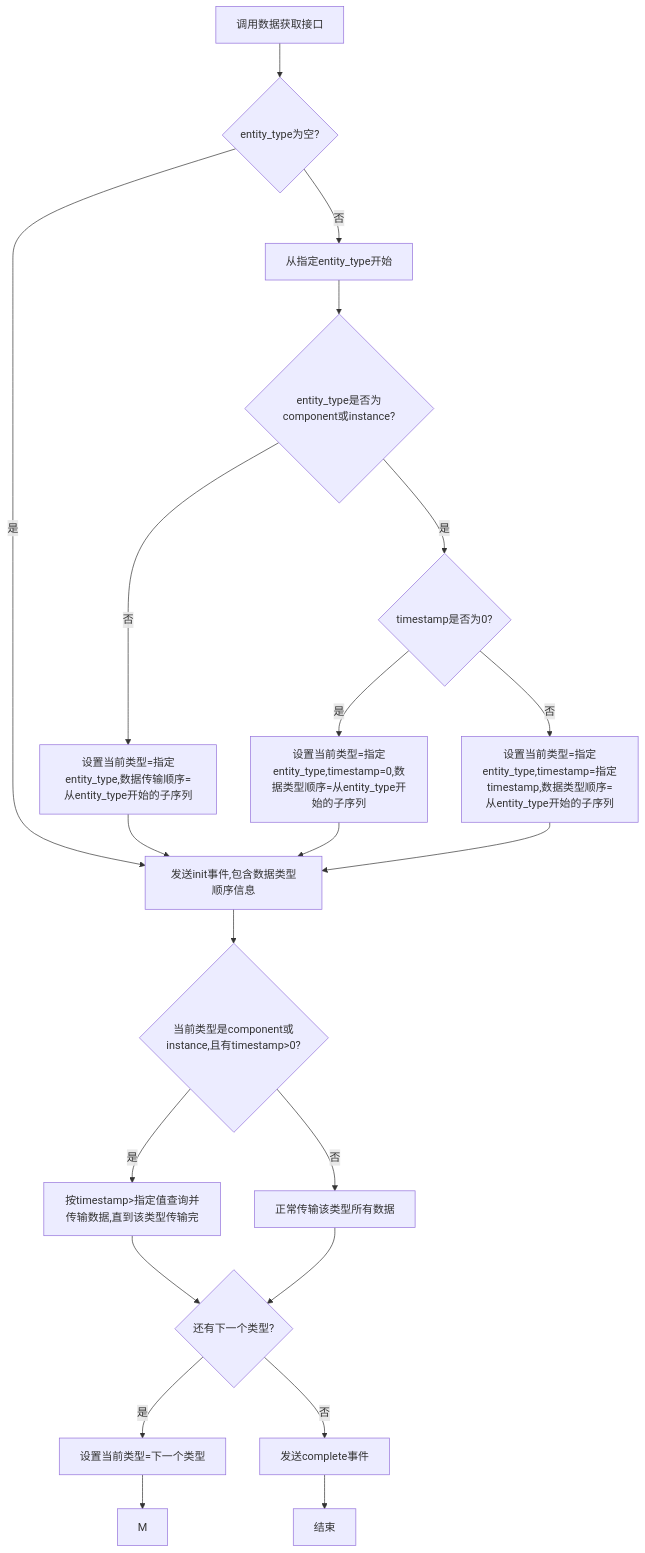
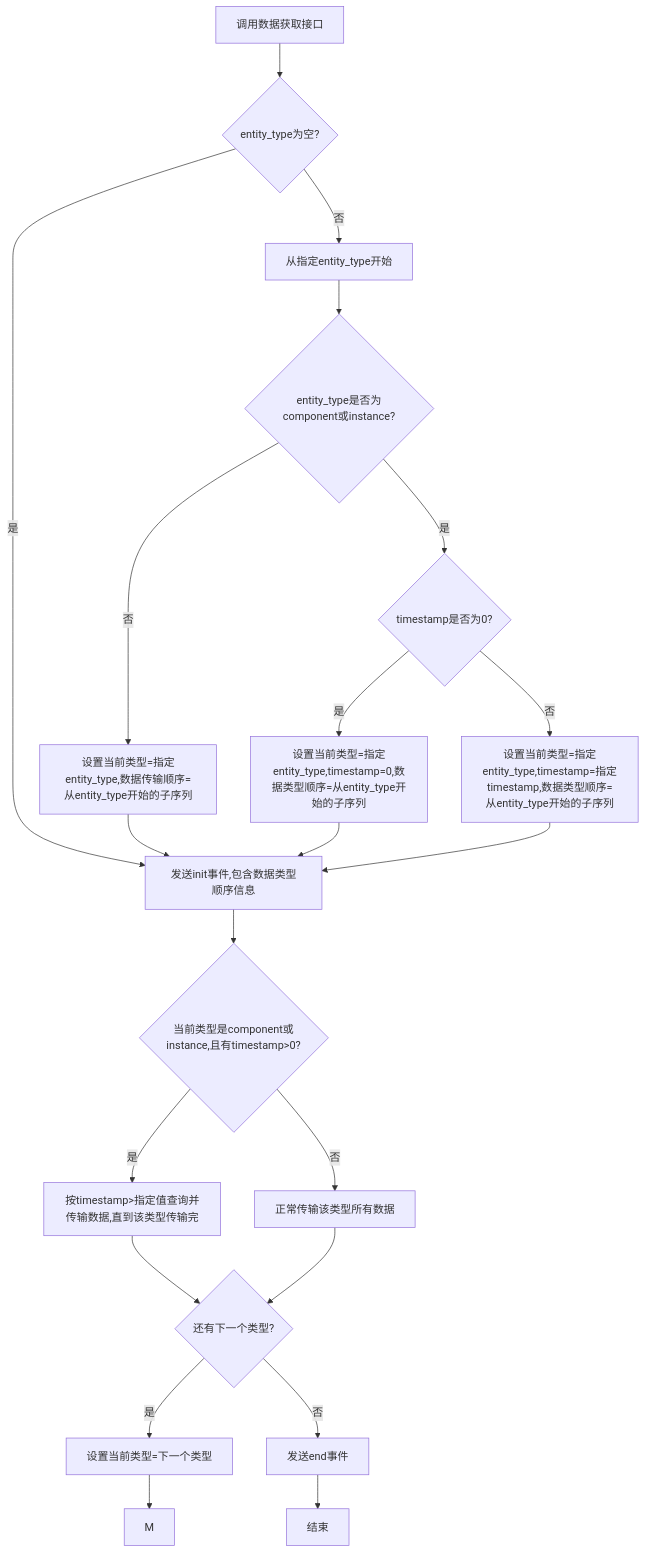
The diagram in all/未命名-59.md (yingjianzh/iodraw-files), drawn with Mermaid before and after one commit.

Commit message:
2025-05-14 15:44:14 update

````diff
--- a/all/未命名-59.md
+++ b/all/未命名-59.md
@@ -1,33 +1,33 @@
 ```mermaid
 flowchart TD
     A[调用数据获取接口] --> B{entity_type为空?}
 
     B -->|是| K[发送init事件,包含数据类型顺序信息]
     B -->|否| D[从指定entity_type开始]
     
     D --> F{entity_type是否为component或instance?}
     
     F -->|否| G[设置当前类型=指定entity_type,数据传输顺序=从entity_type开始的子序列]
     F -->|是| H{timestamp是否为0?}
     
     H -->|是| I[设置当前类型=指定entity_type,timestamp=0,数据类型顺序=从entity_type开始的子序列]
     H -->|否| J[设置当前类型=指定entity_type,timestamp=指定timestamp,数据类型顺序=从entity_type开始的子序列]
     
     G --> K
     I --> K
     J --> K
     
    
     K --> P{当前类型是component或instance,且有timestamp>0?}
     P -->|是| Q[按timestamp>指定值查询并传输数据,直到该类型传输完]
     P -->|否| R[正常传输该类型所有数据]
     
     Q --> T{还有下一个类型?}
     R --> T
     
     T -->|是| U[设置当前类型=下一个类型]
-    T -->|否| V[发送complete事件]
+    T -->|否| V[发送end事件]
     
     U --> M
     V --> W[结束]
 ```
````
